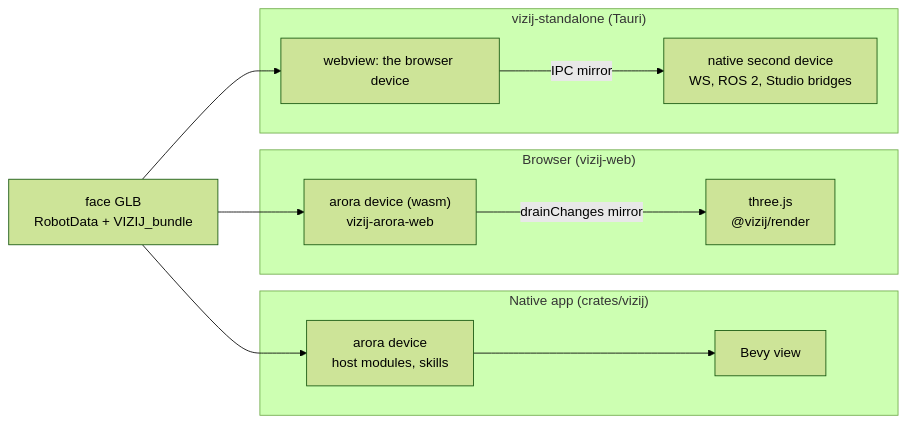
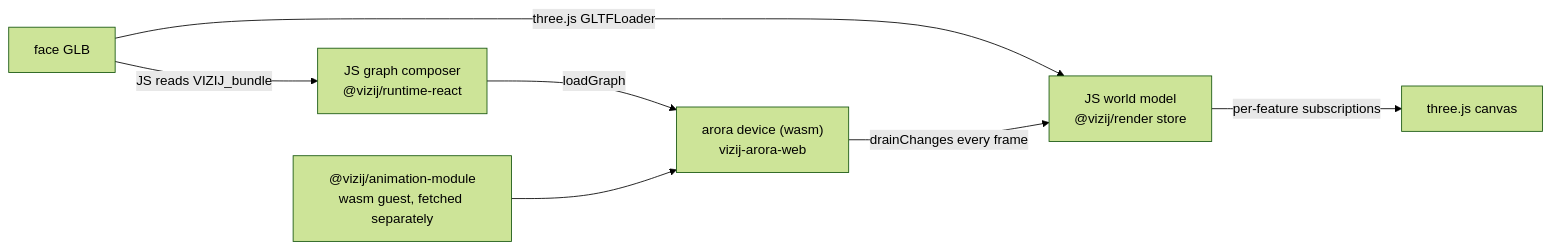
One commit to vizij-ai/vizij-docs changed the first of 3 diagrams in active_projects/runtime/bevy_everywhere/bevy_everywhere-deck.md. Above: the diagram before and after it, drawn with Mermaid (forest theme). The commit also changed other lines of this file and 1 other file, not shown here.

````diff
--- a/active_projects/runtime/bevy_everywhere/bevy_everywhere-deck.md
+++ b/active_projects/runtime/bevy_everywhere/bevy_everywhere-deck.md
@@ -50,16 +38,9 @@
 ```mermaid
 flowchart LR
-  GLB["face GLB<br/>RobotData + VIZIJ_bundle"]
-  subgraph native["Native app (crates/vizij)"]
-    D1["arora device<br/>host modules, skills"] --> V1["Bevy view"]
-  end
-  subgraph web["Browser (vizij-web)"]
-    D2["arora device (wasm)<br/>vizij-arora-web"] -->|"drainChanges mirror"| V2["three.js<br/>@vizij/render"]
-  end
-  subgraph tauri["vizij-standalone (Tauri)"]
-    D3["webview: the browser device"] -->|"IPC mirror"| D4["native second device<br/>WS, ROS 2, Studio bridges"]
-  end
-  GLB --> D1
-  GLB --> D2
-  GLB --> D3
+  GLB["face GLB"] -->|"three.js GLTFLoader"| W["JS world model<br/>@vizij/render store"]
+  GLB -->|"JS reads VIZIJ_bundle"| C["JS graph composer<br/>@vizij/runtime-react"]
+  C -->|"loadGraph"| D["arora device (wasm)<br/>vizij-arora-web"]
+  D -->|"drainChanges every frame"| W
+  W -->|"per-feature subscriptions"| T["three.js canvas"]
+  A["@vizij/animation-module<br/>wasm guest, fetched separately"] --> D
 ```
````
